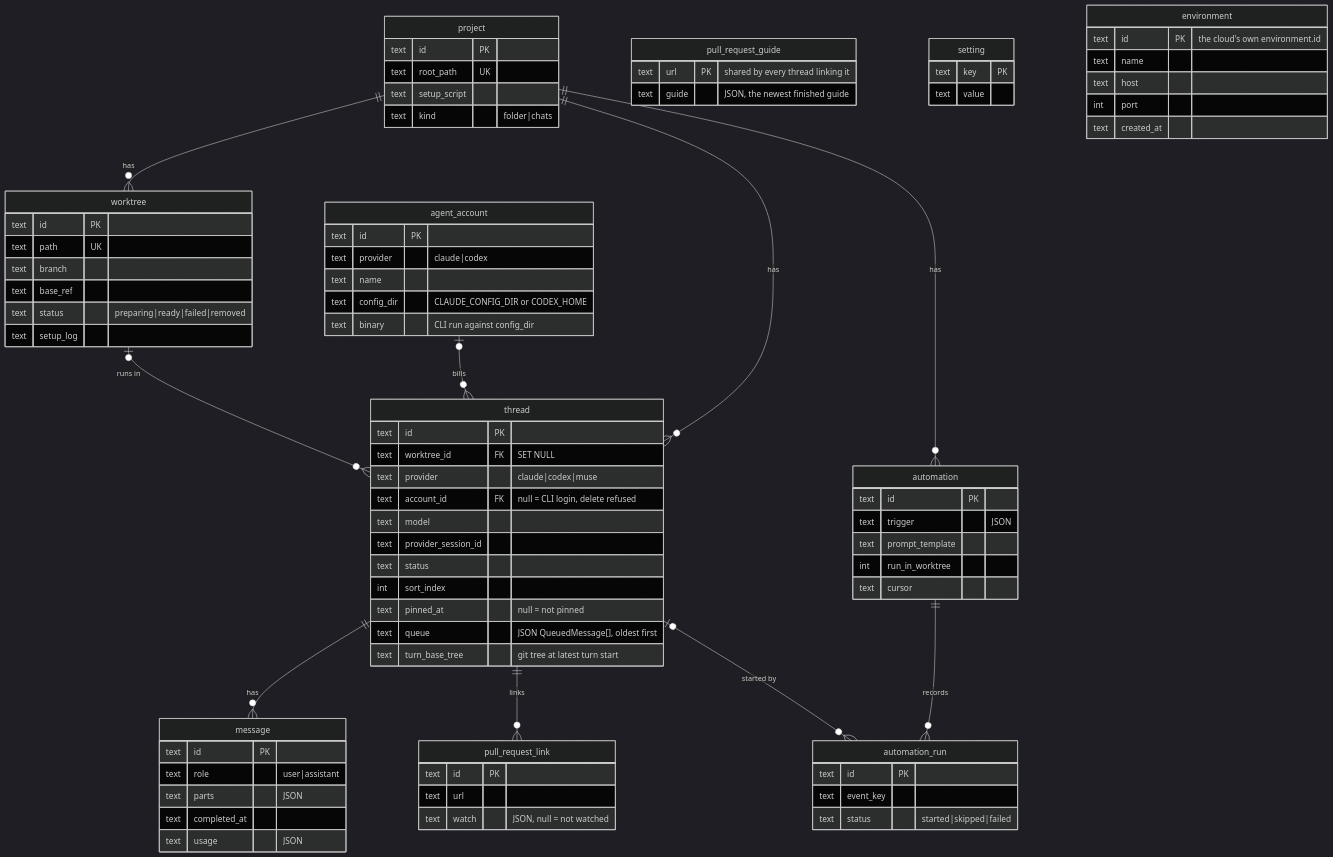
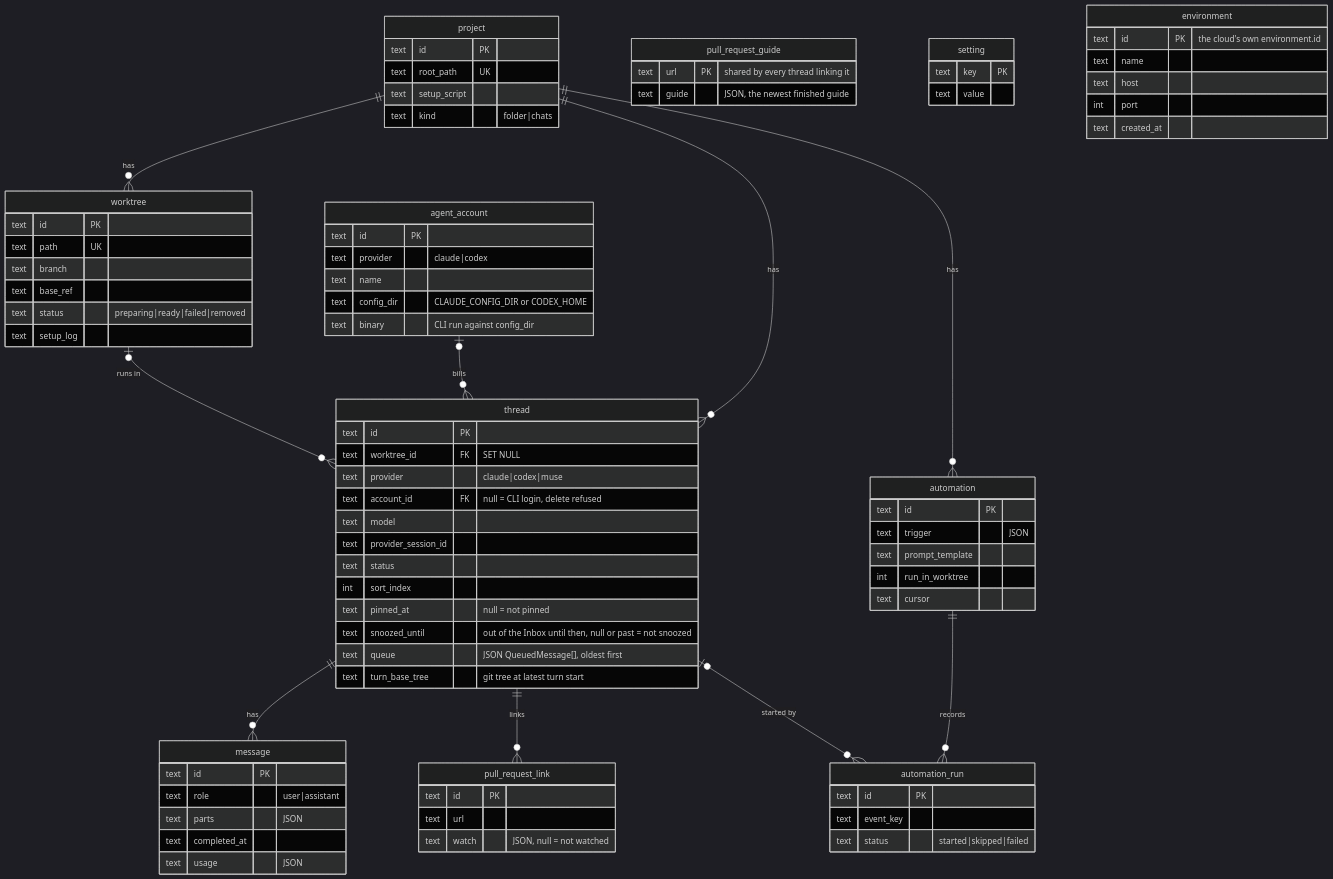
Diagram 12 of 17 in docs/arch.md (hinadev-ai/hinacode), drawn with Mermaid (dark theme) before and after one commit.

```diff
--- a/docs/arch.md
+++ b/docs/arch.md
@@ -399,6 +399,7 @@
     text status
     int sort_index
     text pinned_at "null = not pinned"
+    text snoozed_until "out of the Inbox until then, null or past = not snoozed"
     text queue "JSON QueuedMessage[], oldest first"
     text turn_base_tree "git tree at latest turn start"
   }
```
